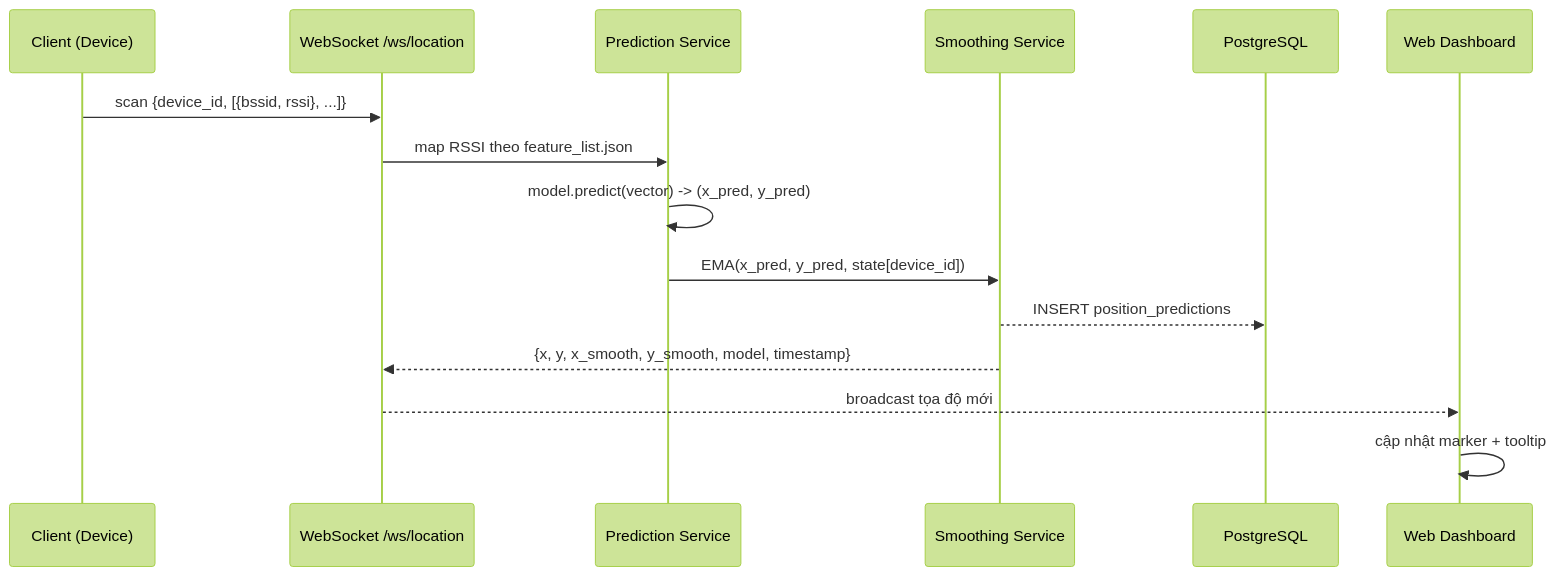
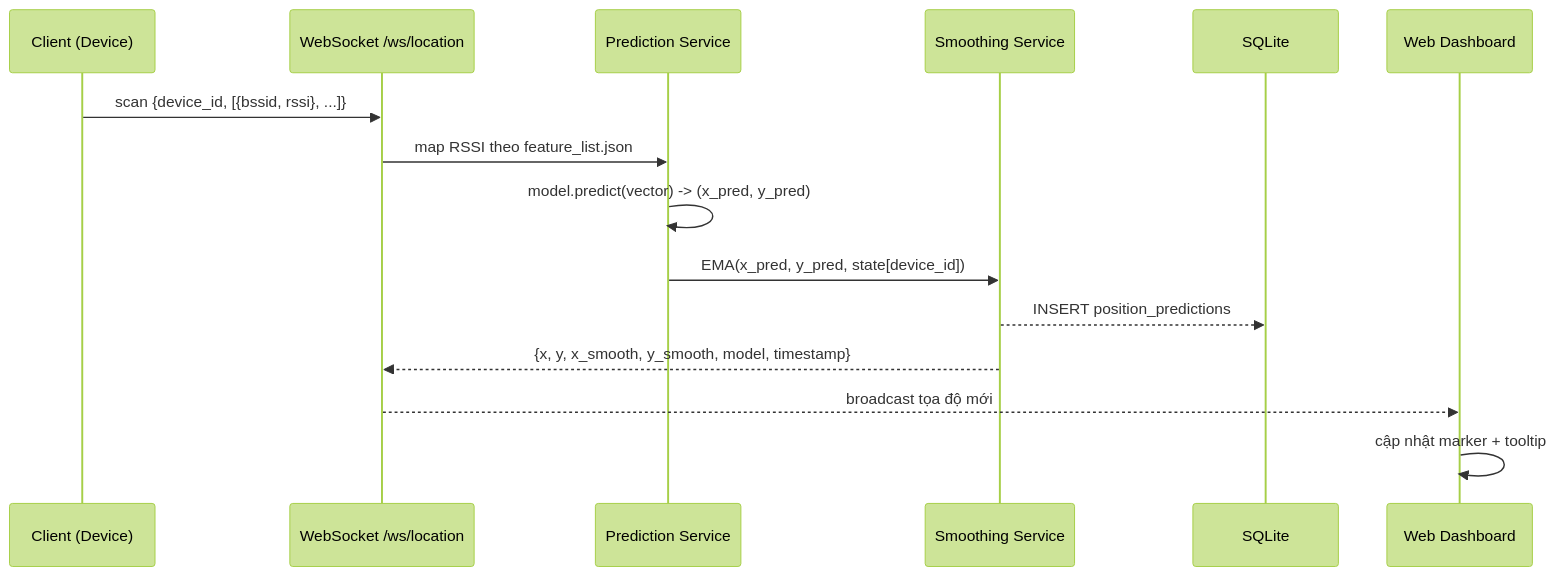
One commit to DoAnTotNghiep-Indoor/Indoor_Positoning_System-DATN changed the third of 4 diagrams in docs/Phan_Tich_Thiet_Ke_He_Thong.md. Above: the diagram before and after it, drawn with Mermaid (forest theme). The commit also changed other lines of this file and 6 other files, not shown here.

````diff
--- a/docs/Phan_Tich_Thiet_Ke_He_Thong.md
+++ b/docs/Phan_Tich_Thiet_Ke_He_Thong.md
@@ -132,18 +156,18 @@
 ```mermaid
 sequenceDiagram
   participant C as Client (Device)
   participant WS as WebSocket /ws/location
   participant P as Prediction Service
   participant S as Smoothing Service
-  participant DB as PostgreSQL
+  participant DB as SQLite
   participant D as Web Dashboard
 
   C->>WS: scan {device_id, [{bssid, rssi}, ...]}
   WS->>P: map RSSI theo feature_list.json
   P->>P: model.predict(vector) -> (x_pred, y_pred)
   P->>S: EMA(x_pred, y_pred, state[device_id])
   S-->>DB: INSERT position_predictions
   S-->>WS: {x, y, x_smooth, y_smooth, model, timestamp}
   WS-->>D: broadcast tọa độ mới
   D->>D: cập nhật marker + tooltip
 ```
````
